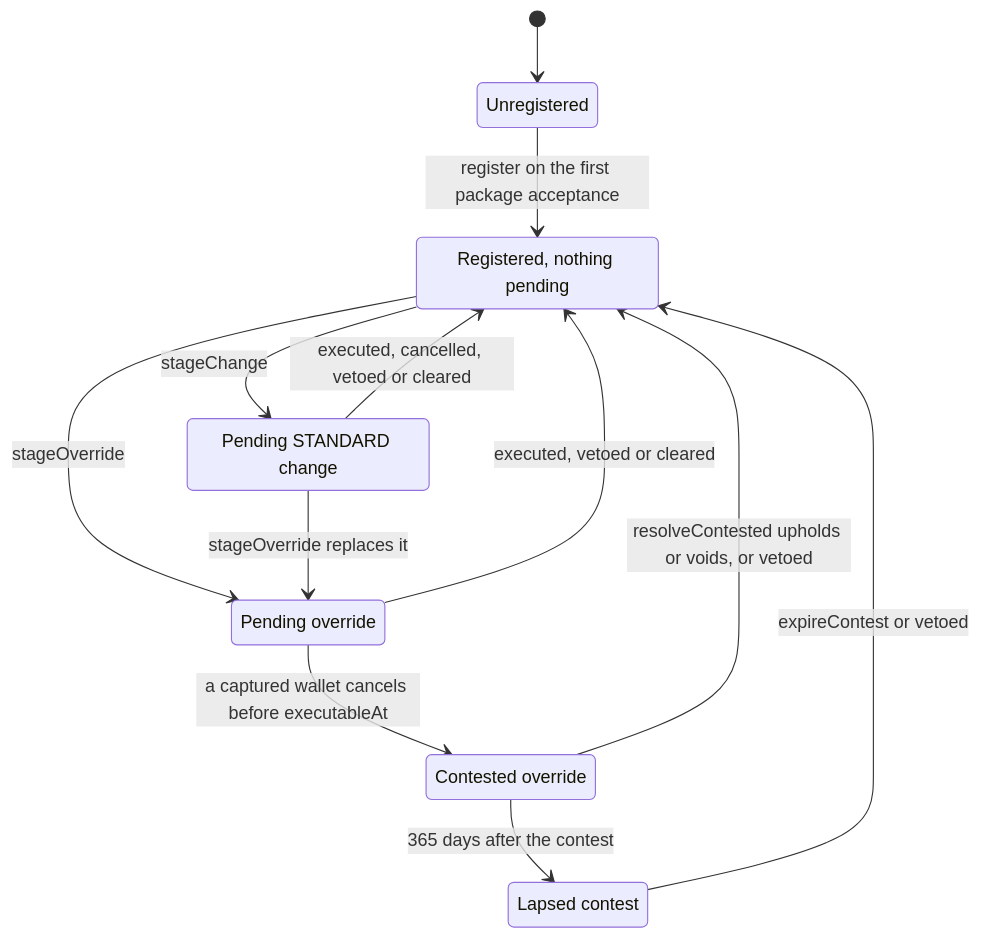
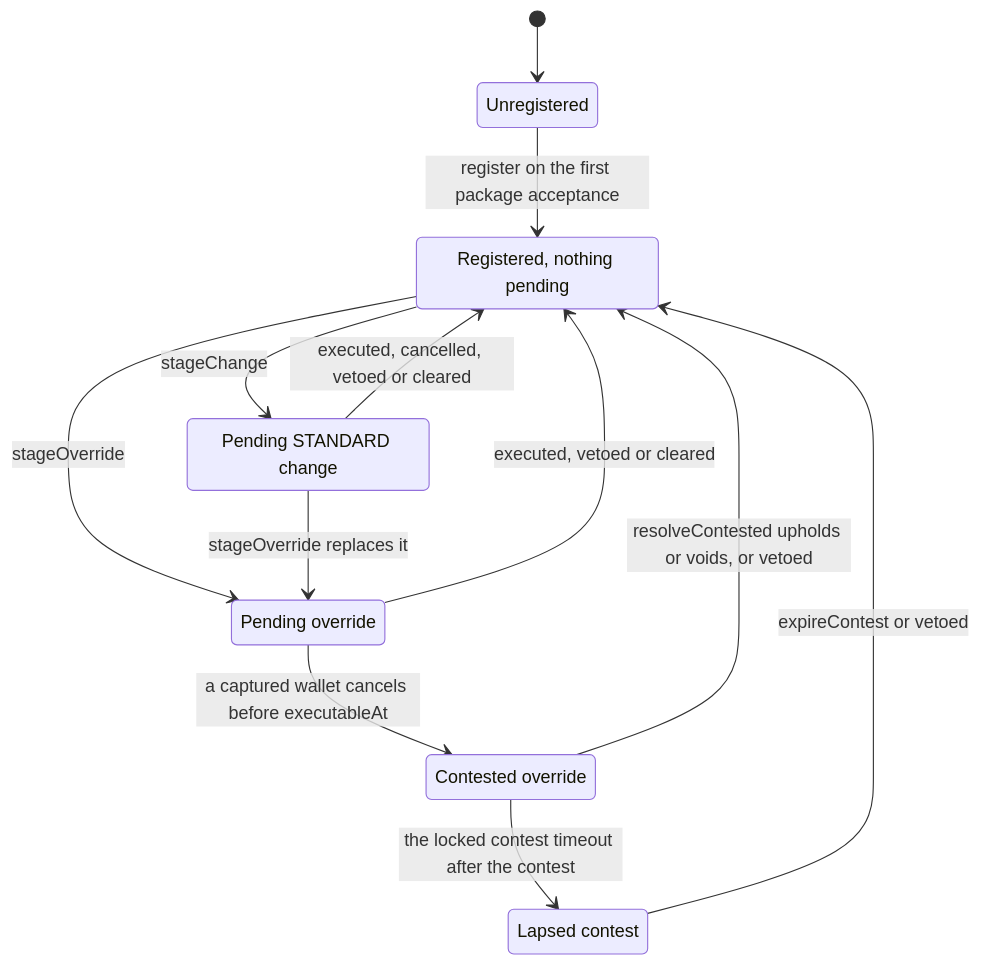
Before and after one commit to 6529-Collections/6529-works: the first of 8 diagrams in docs/spec/identity-and-recovery.md, drawn with Mermaid. The commit also changed other lines of this file and 369 other files, not shown here.

````diff
--- a/docs/spec/identity-and-recovery.md
+++ b/docs/spec/identity-and-recovery.md
@@ -199,19 +338,19 @@
 ```mermaid
 stateDiagram-v2
     state "Registered, nothing pending" as Registered
     state "Pending STANDARD change" as PendingStandard
     state "Pending override" as PendingOverride
     state "Contested override" as Contested
     state "Lapsed contest" as Lapsed
     [*] --> Unregistered
     Unregistered --> Registered : register on the first package acceptance
     Registered --> PendingStandard : stageChange
     Registered --> PendingOverride : stageOverride
     PendingStandard --> PendingOverride : stageOverride replaces it
     PendingStandard --> Registered : executed, cancelled, vetoed or cleared
     PendingOverride --> Registered : executed, vetoed or cleared
     PendingOverride --> Contested : a captured wallet cancels before executableAt
     Contested --> Registered : resolveContested upholds or voids, or vetoed
-    Contested --> Lapsed : 365 days after the contest
+    Contested --> Lapsed : the locked contest timeout after the contest
     Lapsed --> Registered : expireContest or vetoed
 ```
````
